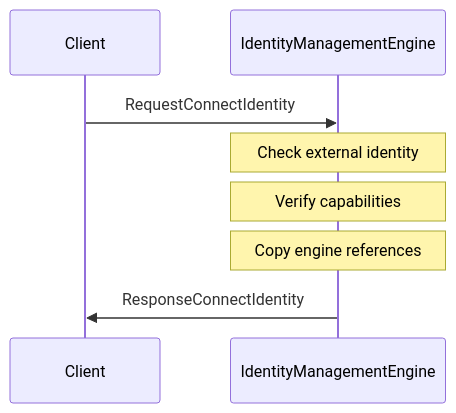
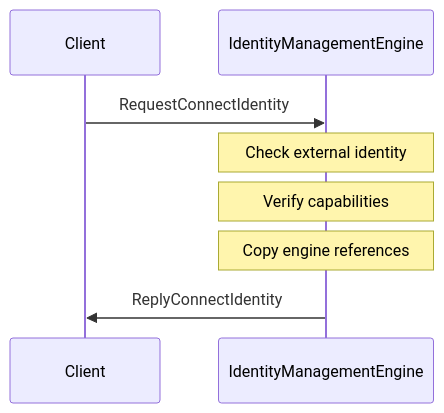
Before and after one commit to anoma/nspec: the second of 3 diagrams in docs/arch/node/engines/identity_management_messages.juvix.md, drawn with Mermaid. The commit also changed other lines of this file and 37 other files, not shown here.

Commit message:
Renamed all instances of "Response" to "Reply" in message interfaces for consistency across commitment, decryption, identity management, and other engines.

````diff
--- a/docs/arch/node/engines/identity_management_messages.juvix.md
+++ b/docs/arch/node/engines/identity_management_messages.juvix.md
@@ -62,11 +62,11 @@
 ```mermaid
 sequenceDiagram
     participant Client
     participant IdentityManagementEngine
 
     Client->>IdentityManagementEngine: RequestConnectIdentity
     Note over IdentityManagementEngine: Check external identity
     Note over IdentityManagementEngine: Verify capabilities
     Note over IdentityManagementEngine: Copy engine references
-    IdentityManagementEngine->>Client: ResponseConnectIdentity
+    IdentityManagementEngine->>Client: ReplyConnectIdentity
 ```
````
